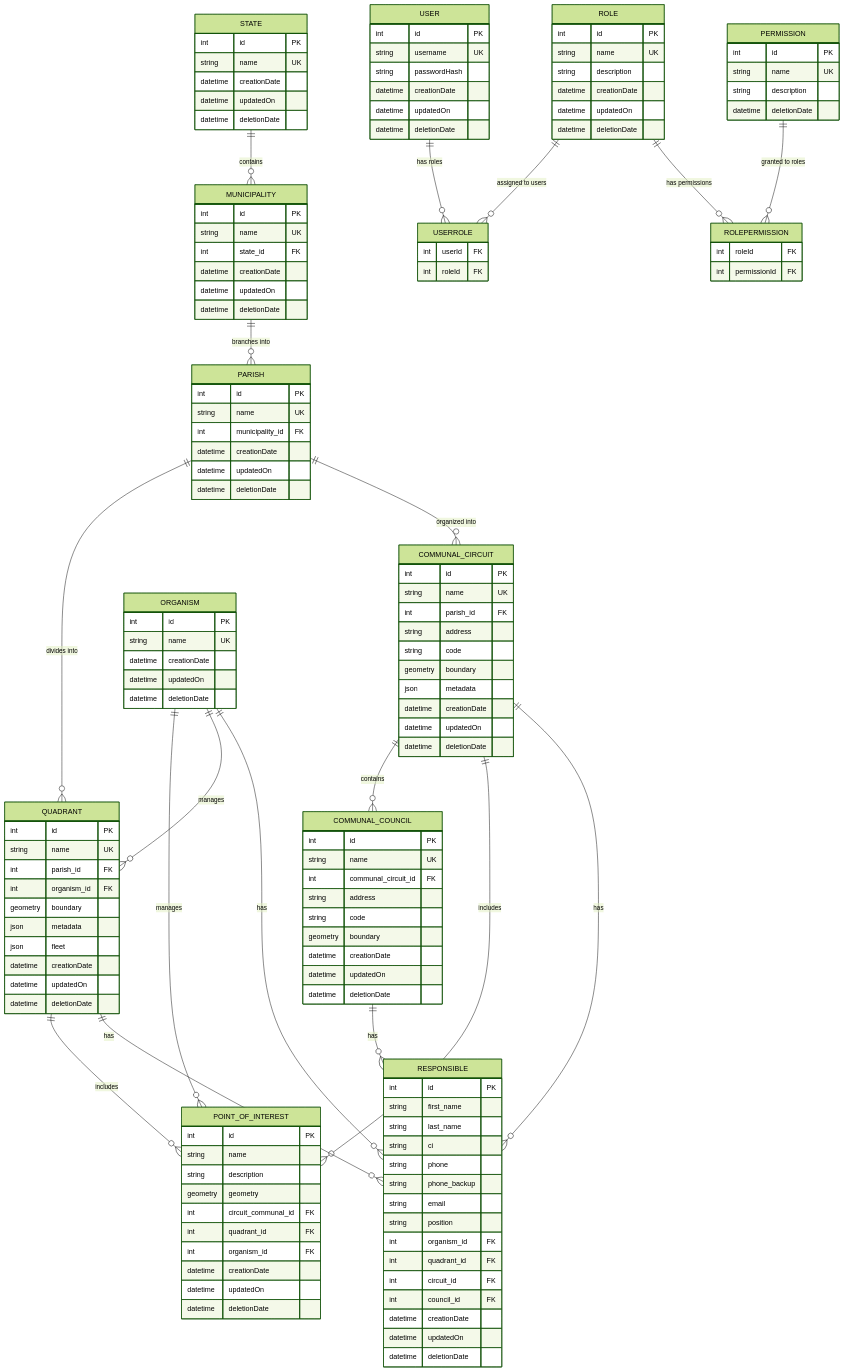
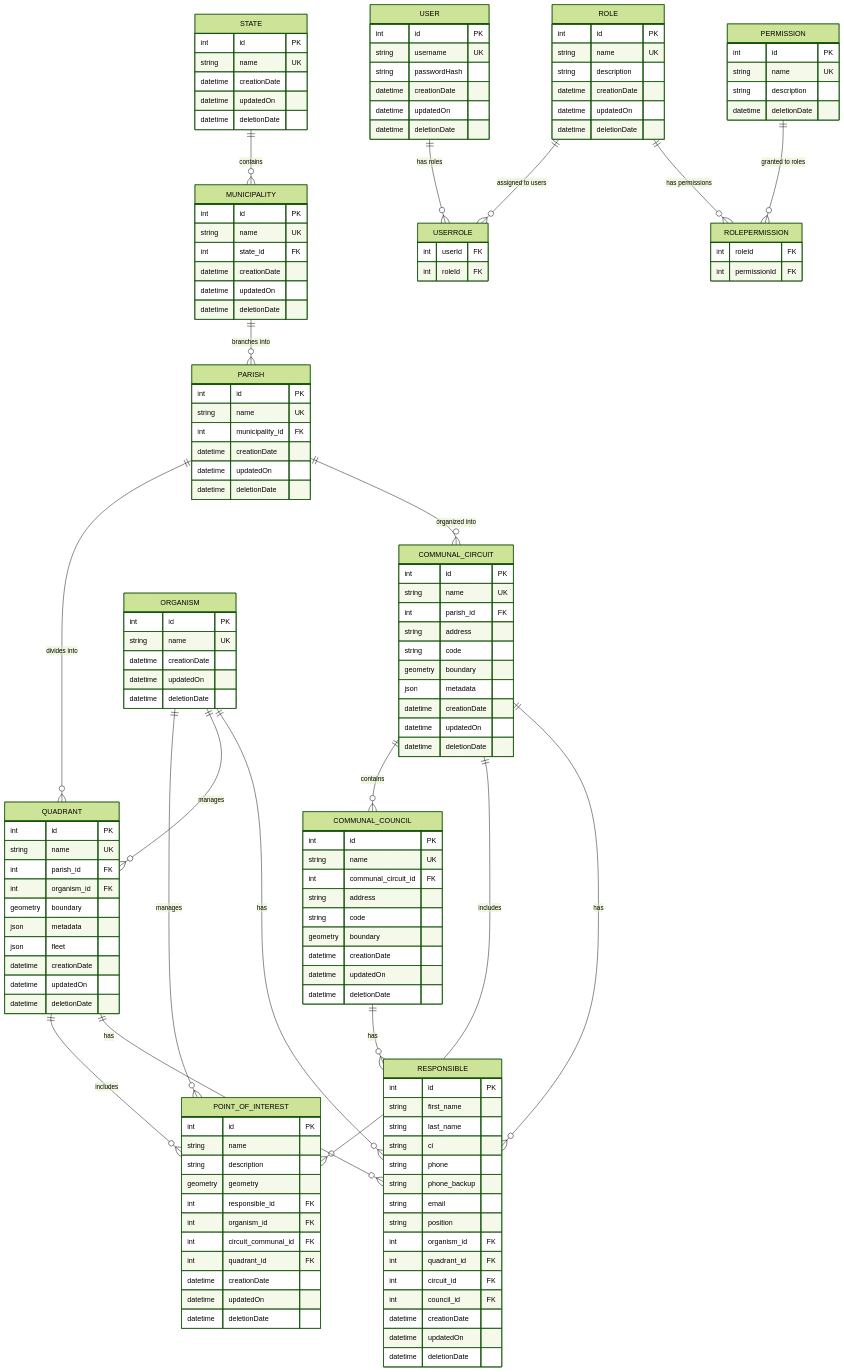
The diagram in backend/README.es.md (GGabrielDev/map-manager), drawn with Mermaid (forest theme) before and after one commit. The commit also changed 6 other files, not shown here.

```diff
--- a/backend/README.es.md
+++ b/backend/README.es.md
@@ -390,9 +390,10 @@
         string name
         string description
         geometry geometry
+        int responsible_id FK
+        int organism_id FK
         int circuit_communal_id FK
         int quadrant_id FK
-        int organism_id FK
         datetime creationDate
         datetime updatedOn
         datetime deletionDate
```
